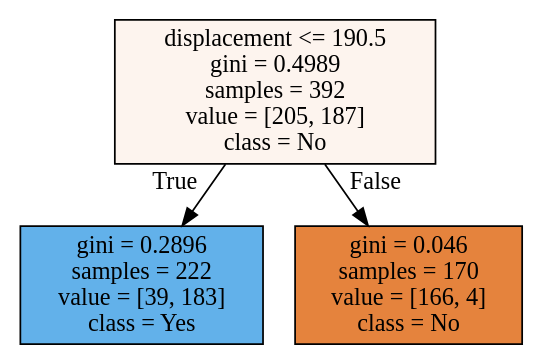
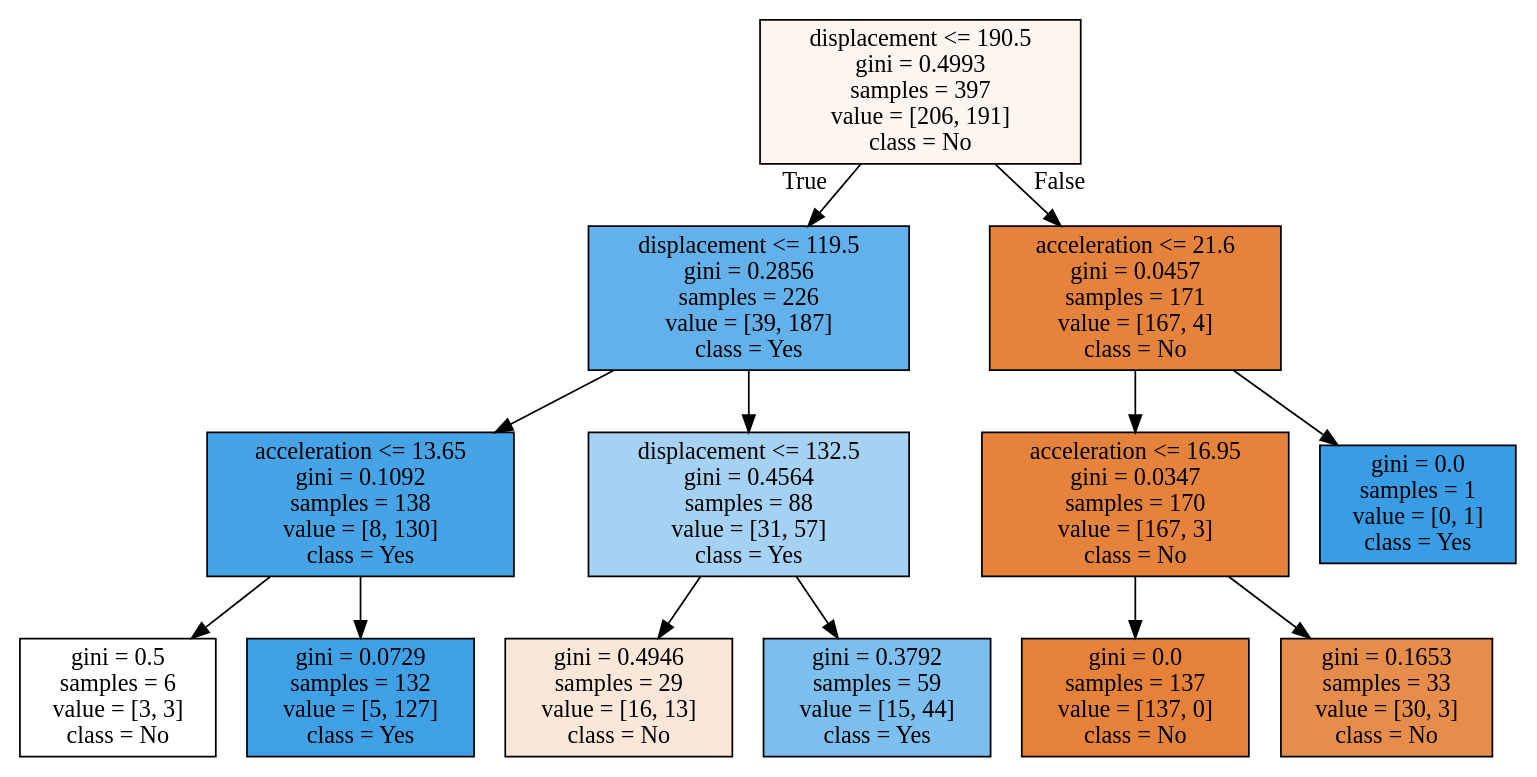
One commit to qingyuan1017/python_project changed the diagram in homework4/tree.dot. Above: the diagram before and after it, drawn with Graphviz. The commit also changed 3 other files, not shown here.

```diff
--- a/homework4/tree.dot
+++ b/homework4/tree.dot
@@ -1,8 +1,28 @@
 digraph Tree {
 node [shape=box, style="filled", color="black"] ;
-0 [label="displacement <= 190.5\ngini = 0.4989\nsamples = 392\nvalue = [205, 187]\nclass = No", fillcolor="#e5813916"] ;
-1 [label="gini = 0.2896\nsamples = 222\nvalue = [39, 183]\nclass = Yes", fillcolor="#399de5c9"] ;
+0 [label="displacement <= 190.5\ngini = 0.4993\nsamples = 397\nvalue = [206, 191]\nclass = No", fillcolor="#e5813913"] ;
+1 [label="displacement <= 119.5\ngini = 0.2856\nsamples = 226\nvalue = [39, 187]\nclass = Yes", fillcolor="#399de5ca"] ;
 0 -> 1 [labeldistance=2.5, labelangle=45, headlabel="True"] ;
-2 [label="gini = 0.046\nsamples = 170\nvalue = [166, 4]\nclass = No", fillcolor="#e58139f9"] ;
-0 -> 2 [labeldistance=2.5, labelangle=-45, headlabel="False"] ;
+2 [label="acceleration <= 13.65\ngini = 0.1092\nsamples = 138\nvalue = [8, 130]\nclass = Yes", fillcolor="#399de5ef"] ;
+1 -> 2 ;
+3 [label="gini = 0.5\nsamples = 6\nvalue = [3, 3]\nclass = No", fillcolor="#e5813900"] ;
+2 -> 3 ;
+4 [label="gini = 0.0729\nsamples = 132\nvalue = [5, 127]\nclass = Yes", fillcolor="#399de5f5"] ;
+2 -> 4 ;
+5 [label="displacement <= 132.5\ngini = 0.4564\nsamples = 88\nvalue = [31, 57]\nclass = Yes", fillcolor="#399de574"] ;
+1 -> 5 ;
+6 [label="gini = 0.4946\nsamples = 29\nvalue = [16, 13]\nclass = No", fillcolor="#e5813930"] ;
+5 -> 6 ;
+7 [label="gini = 0.3792\nsamples = 59\nvalue = [15, 44]\nclass = Yes", fillcolor="#399de5a8"] ;
+5 -> 7 ;
+8 [label="acceleration <= 21.6\ngini = 0.0457\nsamples = 171\nvalue = [167, 4]\nclass = No", fillcolor="#e58139f9"] ;
+0 -> 8 [labeldistance=2.5, labelangle=-45, headlabel="False"] ;
+9 [label="acceleration <= 16.95\ngini = 0.0347\nsamples = 170\nvalue = [167, 3]\nclass = No", fillcolor="#e58139fa"] ;
+8 -> 9 ;
+10 [label="gini = 0.0\nsamples = 137\nvalue = [137, 0]\nclass = No", fillcolor="#e58139ff"] ;
+9 -> 10 ;
+11 [label="gini = 0.1653\nsamples = 33\nvalue = [30, 3]\nclass = No", fillcolor="#e58139e6"] ;
+9 -> 11 ;
+12 [label="gini = 0.0\nsamples = 1\nvalue = [0, 1]\nclass = Yes", fillcolor="#399de5ff"] ;
+8 -> 12 ;
 }
```
